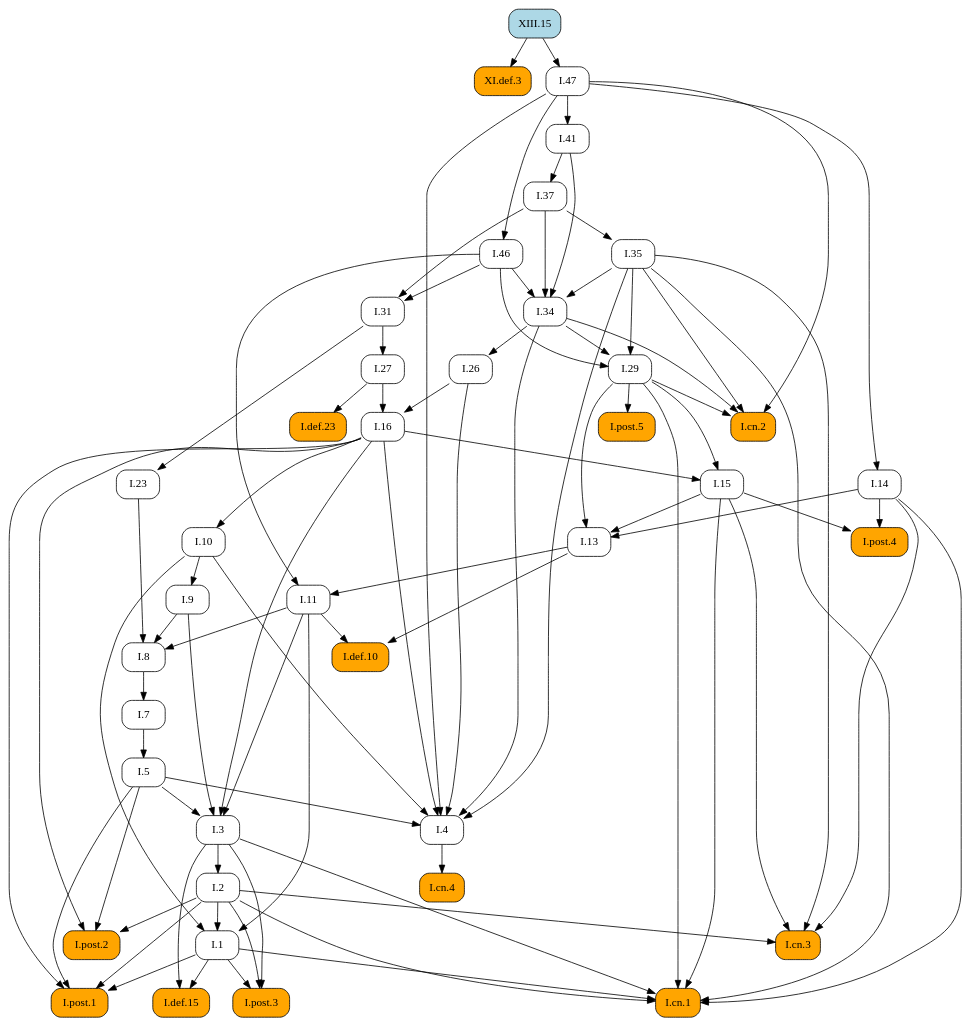
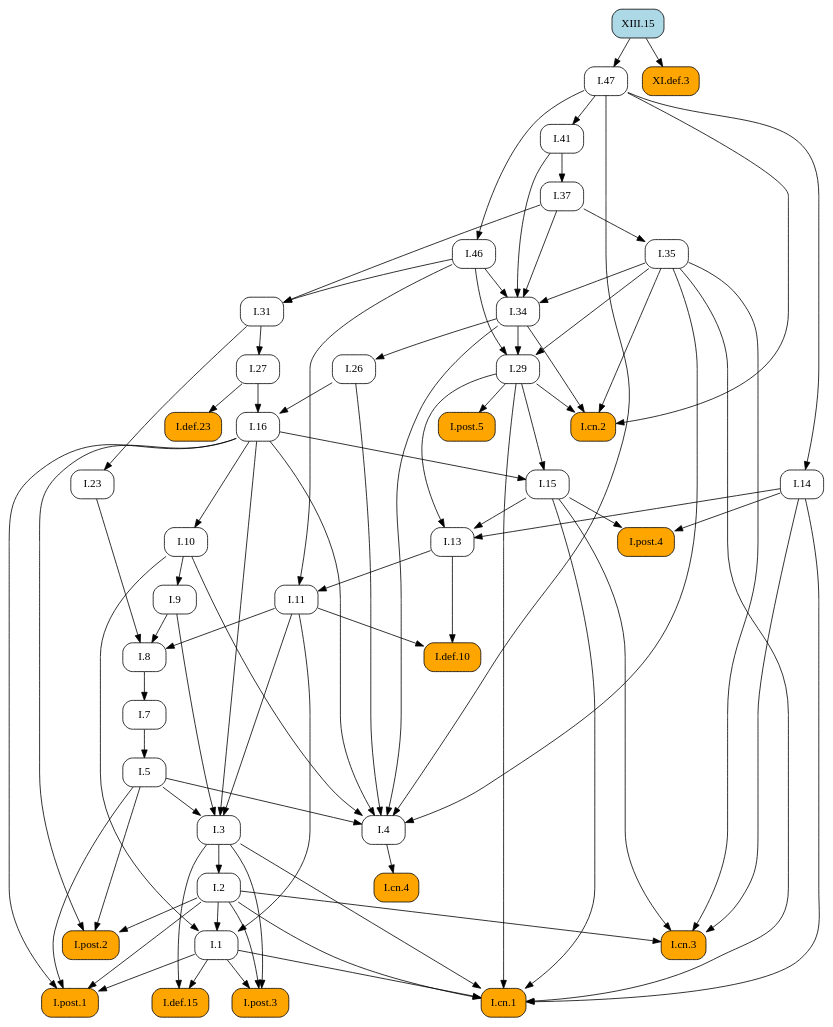
Before and after one commit to geometor/elements: the diagram in docsrc/heath/XIII/15/index.rst, drawn with Graphviz. The commit also changed other lines of this file and 1029 other files, not shown here.

```diff
--- a/docsrc/heath/XIII/15/index.rst
+++ b/docsrc/heath/XIII/15/index.rst
@@ -55,89 +55,101 @@
    digraph {
      rankdir="TB";
      node [shape=box, style=rounded];
+     "I.def.10" [style="rounded,filled", fillcolor=orange, URL="/heath/I/def.10/", target="_top"];
+     "XI.def.3" [style="rounded,filled", fillcolor=orange, URL="/heath/XI/def.3/", target="_top"];
+     "I.post.4" [style="rounded,filled", fillcolor=orange, URL="/heath/I/post.4/", target="_top"];
+     "I.11" [URL="/heath/I/11/", target="_top"];
+     "I.1" [URL="/heath/I/1/", target="_top"];
+     "I.26" [URL="/heath/I/26/", target="_top"];
+     "I.29" [URL="/heath/I/29/", target="_top"];
+     "I.cn.2" [style="rounded,filled", fillcolor=orange, URL="/heath/I/cn.2/", target="_top"];
+     "I.47" [URL="/heath/I/47/", target="_top"];
+     "I.def.15" [style="rounded,filled", fillcolor=orange, URL="/heath/I/def.15/", target="_top"];
+     "I.post.3" [style="rounded,filled", fillcolor=orange, URL="/heath/I/post.3/", target="_top"];
+     "I.cn.1" [style="rounded,filled", fillcolor=orange, URL="/heath/I/cn.1/", target="_top"];
      "I.cn.3" [style="rounded,filled", fillcolor=orange, URL="/heath/I/cn.3/", target="_top"];
-     "I.29" [URL="/heath/I/29/", target="_top"];
+     "I.14" [URL="/heath/I/14/", target="_top"];
+     "I.23" [URL="/heath/I/23/", target="_top"];
+     "I.post.1" [style="rounded,filled", fillcolor=orange, URL="/heath/I/post.1/", target="_top"];
+     "I.35" [URL="/heath/I/35/", target="_top"];
+     "I.41" [URL="/heath/I/41/", target="_top"];
+     "I.27" [URL="/heath/I/27/", target="_top"];
+     "I.46" [URL="/heath/I/46/", target="_top"];
+     "I.37" [URL="/heath/I/37/", target="_top"];
+     "I.34" [URL="/heath/I/34/", target="_top"];
+     "I.3" [URL="/heath/I/3/", target="_top"];
      "I.7" [URL="/heath/I/7/", target="_top"];
-     "I.27" [URL="/heath/I/27/", target="_top"];
+     "I.2" [URL="/heath/I/2/", target="_top"];
+     "I.4" [URL="/heath/I/4/", target="_top"];
      "I.def.23" [style="rounded,filled", fillcolor=orange, URL="/heath/I/def.23/", target="_top"];
-     "I.34" [URL="/heath/I/34/", target="_top"];
+     "I.13" [URL="/heath/I/13/", target="_top"];
+     "I.31" [URL="/heath/I/31/", target="_top"];
+     "I.post.2" [style="rounded,filled", fillcolor=orange, URL="/heath/I/post.2/", target="_top"];
+     "I.16" [URL="/heath/I/16/", target="_top"];
+     "I.9" [URL="/heath/I/9/", target="_top"];
      "I.8" [URL="/heath/I/8/", target="_top"];
-     "I.9" [URL="/heath/I/9/", target="_top"];
-     "I.post.4" [style="rounded,filled", fillcolor=orange, URL="/heath/I/post.4/", target="_top"];
-     "I.2" [URL="/heath/I/2/", target="_top"];
-     "I.def.15" [style="rounded,filled", fillcolor=orange, URL="/heath/I/def.15/", target="_top"];
-     "I.1" [URL="/heath/I/1/", target="_top"];
-     "I.post.1" [style="rounded,filled", fillcolor=orange, URL="/heath/I/post.1/", target="_top"];
      "I.cn.4" [style="rounded,filled", fillcolor=orange, URL="/heath/I/cn.4/", target="_top"];
-     "I.26" [URL="/heath/I/26/", target="_top"];
-     "I.23" [URL="/heath/I/23/", target="_top"];
-     "I.13" [URL="/heath/I/13/", target="_top"];
-     "I.cn.2" [style="rounded,filled", fillcolor=orange, URL="/heath/I/cn.2/", target="_top"];
+     "I.15" [URL="/heath/I/15/", target="_top"];
+     "I.post.5" [style="rounded,filled", fillcolor=orange, URL="/heath/I/post.5/", target="_top"];
+     "XIII.15" [style="rounded,filled", fillcolor=lightblue, URL="/heath/XIII/15/", target="_top"];
+     "I.10" [URL="/heath/I/10/", target="_top"];
      "I.5" [URL="/heath/I/5/", target="_top"];
-     "I.11" [URL="/heath/I/11/", target="_top"];
-     "I.10" [URL="/heath/I/10/", target="_top"];
-     "I.4" [URL="/heath/I/4/", target="_top"];
-     "I.3" [URL="/heath/I/3/", target="_top"];
-     "I.16" [URL="/heath/I/16/", target="_top"];
-     "I.31" [URL="/heath/I/31/", target="_top"];
-     "XIII.15" [style="rounded,filled", fillcolor=lightblue, URL="/heath/XIII/15/", target="_top"];
-     "I.def.10" [style="rounded,filled", fillcolor=orange, URL="/heath/I/def.10/", target="_top"];
-     "I.46" [URL="/heath/I/46/", target="_top"];
-     "XI.def.3" [style="rounded,filled", fillcolor=orange, URL="/heath/XI/def.3/", target="_top"];
-     "I.post.2" [style="rounded,filled", fillcolor=orange, URL="/heath/I/post.2/", target="_top"];
-     "I.post.3" [style="rounded,filled", fillcolor=orange, URL="/heath/I/post.3/", target="_top"];
-     "I.post.5" [style="rounded,filled", fillcolor=orange, URL="/heath/I/post.5/", target="_top"];
-     "I.14" [URL="/heath/I/14/", target="_top"];
-     "I.35" [URL="/heath/I/35/", target="_top"];
-     "I.47" [URL="/heath/I/47/", target="_top"];
-     "I.15" [URL="/heath/I/15/", target="_top"];
-     "I.cn.1" [style="rounded,filled", fillcolor=orange, URL="/heath/I/cn.1/", target="_top"];
-     "I.41" [URL="/heath/I/41/", target="_top"];
-     "I.37" [URL="/heath/I/37/", target="_top"];
+     "I.11" -> "I.def.10";
+     "I.13" -> "I.def.10";
+     "XIII.15" -> "XI.def.3";
+     "I.14" -> "I.post.4";
+     "I.15" -> "I.post.4";
+     "I.13" -> "I.11";
+     "I.46" -> "I.11";
+     "I.2" -> "I.1";
+     "I.10" -> "I.1";
+     "I.11" -> "I.1";
+     "I.34" -> "I.26";
+     "I.34" -> "I.29";
+     "I.35" -> "I.29";
+     "I.46" -> "I.29";
+     "I.29" -> "I.cn.2";
+     "I.34" -> "I.cn.2";
+     "I.35" -> "I.cn.2";
+     "I.47" -> "I.cn.2";
+     "XIII.15" -> "I.47";
+     "I.1" -> "I.def.15";
+     "I.3" -> "I.def.15";
+     "I.1" -> "I.post.3";
+     "I.2" -> "I.post.3";
+     "I.3" -> "I.post.3";
+     "I.1" -> "I.cn.1";
+     "I.2" -> "I.cn.1";
+     "I.3" -> "I.cn.1";
+     "I.14" -> "I.cn.1";
+     "I.15" -> "I.cn.1";
+     "I.29" -> "I.cn.1";
+     "I.35" -> "I.cn.1";
      "I.2" -> "I.cn.3";
      "I.14" -> "I.cn.3";
      "I.15" -> "I.cn.3";
      "I.35" -> "I.cn.3";
-     "I.34" -> "I.29";
-     "I.35" -> "I.29";
-     "I.46" -> "I.29";
-     "I.8" -> "I.7";
+     "I.47" -> "I.14";
+     "I.31" -> "I.23";
+     "I.1" -> "I.post.1";
+     "I.2" -> "I.post.1";
+     "I.5" -> "I.post.1";
+     "I.16" -> "I.post.1";
+     "I.37" -> "I.35";
+     "I.47" -> "I.41";
      "I.31" -> "I.27";
-     "I.27" -> "I.def.23";
+     "I.47" -> "I.46";
+     "I.41" -> "I.37";
      "I.35" -> "I.34";
      "I.37" -> "I.34";
      "I.41" -> "I.34";
      "I.46" -> "I.34";
-     "I.9" -> "I.8";
-     "I.11" -> "I.8";
-     "I.23" -> "I.8";
-     "I.10" -> "I.9";
-     "I.14" -> "I.post.4";
-     "I.15" -> "I.post.4";
+     "I.5" -> "I.3";
+     "I.9" -> "I.3";
+     "I.11" -> "I.3";
+     "I.16" -> "I.3";
+     "I.8" -> "I.7";
      "I.3" -> "I.2";
-     "I.1" -> "I.def.15";
-     "I.3" -> "I.def.15";
-     "I.2" -> "I.1";
-     "I.10" -> "I.1";
-     "I.11" -> "I.1";
-     "I.1" -> "I.post.1";
-     "I.2" -> "I.post.1";
-     "I.5" -> "I.post.1";
-     "I.16" -> "I.post.1";
-     "I.4" -> "I.cn.4";
-     "I.34" -> "I.26";
-     "I.31" -> "I.23";
-     "I.14" -> "I.13";
-     "I.15" -> "I.13";
-     "I.29" -> "I.13";
-     "I.29" -> "I.cn.2";
-     "I.34" -> "I.cn.2";
-     "I.35" -> "I.cn.2";
-     "I.47" -> "I.cn.2";
-     "I.7" -> "I.5";
-     "I.13" -> "I.11";
-     "I.46" -> "I.11";
-     "I.16" -> "I.10";
      "I.5" -> "I.4";
      "I.10" -> "I.4";
      "I.16" -> "I.4";
@@ -145,37 +157,25 @@
      "I.34" -> "I.4";
      "I.35" -> "I.4";
      "I.47" -> "I.4";
-     "I.5" -> "I.3";
-     "I.9" -> "I.3";
-     "I.11" -> "I.3";
-     "I.16" -> "I.3";
-     "I.26" -> "I.16";
-     "I.27" -> "I.16";
+     "I.27" -> "I.def.23";
+     "I.14" -> "I.13";
+     "I.15" -> "I.13";
+     "I.29" -> "I.13";
      "I.37" -> "I.31";
      "I.46" -> "I.31";
-     "I.11" -> "I.def.10";
-     "I.13" -> "I.def.10";
-     "I.47" -> "I.46";
-     "XIII.15" -> "XI.def.3";
      "I.2" -> "I.post.2";
      "I.5" -> "I.post.2";
      "I.16" -> "I.post.2";
-     "I.1" -> "I.post.3";
-     "I.2" -> "I.post.3";
-     "I.3" -> "I.post.3";
-     "I.29" -> "I.post.5";
-     "I.47" -> "I.14";
-     "I.37" -> "I.35";
-     "XIII.15" -> "I.47";
+     "I.26" -> "I.16";
+     "I.27" -> "I.16";
+     "I.10" -> "I.9";
+     "I.9" -> "I.8";
+     "I.11" -> "I.8";
+     "I.23" -> "I.8";
+     "I.4" -> "I.cn.4";
      "I.16" -> "I.15";
      "I.29" -> "I.15";
-     "I.1" -> "I.cn.1";
-     "I.2" -> "I.cn.1";
-     "I.3" -> "I.cn.1";
-     "I.14" -> "I.cn.1";
-     "I.15" -> "I.cn.1";
-     "I.29" -> "I.cn.1";
-     "I.35" -> "I.cn.1";
-     "I.47" -> "I.41";
-     "I.41" -> "I.37";
+     "I.29" -> "I.post.5";
+     "I.16" -> "I.10";
+     "I.7" -> "I.5";
    }
```
